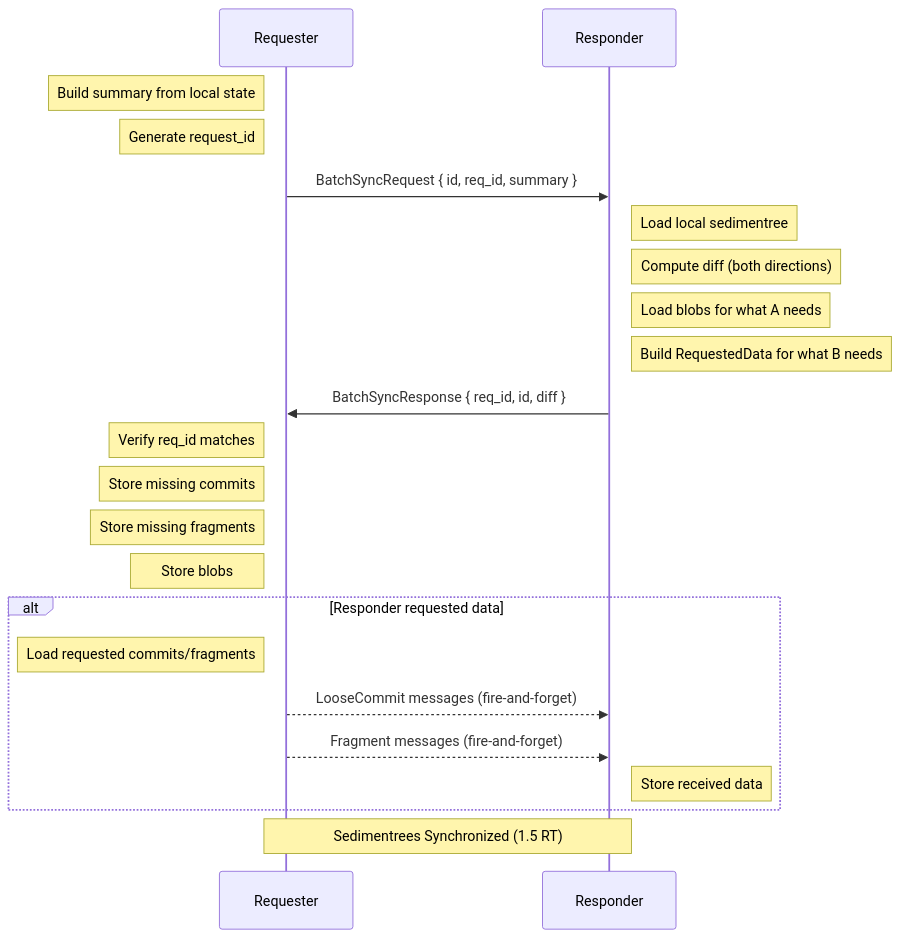
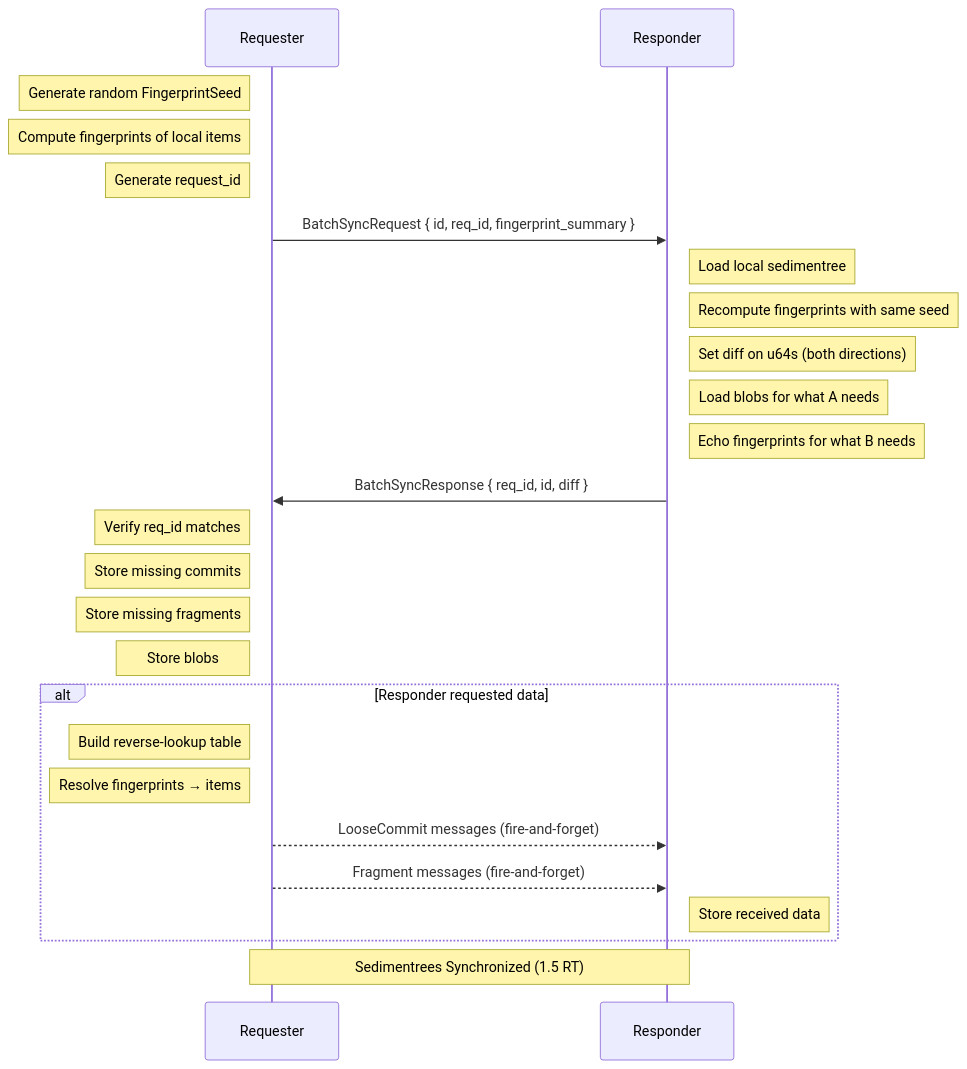
One commit to inkandswitch/subduction changed the third of 3 diagrams in design/sync/batch.md. Above: the diagram before and after it, drawn with Mermaid. The commit also changed other lines of this file and 56 other files, not shown here.

Commit message:
Fingerprint-based Sync (#35)

````diff
--- a/design/sync/batch.md
+++ b/design/sync/batch.md
@@ -144,31 +216,34 @@
 ```mermaid
 sequenceDiagram
     participant A as Requester
     participant B as Responder
 
-    Note left of A: Build summary from local state
+    Note left of A: Generate random FingerprintSeed
+    Note left of A: Compute fingerprints of local items
     Note left of A: Generate request_id
 
-    A->>B: BatchSyncRequest { id, req_id, summary }
+    A->>B: BatchSyncRequest { id, req_id, fingerprint_summary }
 
     Note right of B: Load local sedimentree
-    Note right of B: Compute diff (both directions)
+    Note right of B: Recompute fingerprints with same seed
+    Note right of B: Set diff on u64s (both directions)
     Note right of B: Load blobs for what A needs
-    Note right of B: Build RequestedData for what B needs
+    Note right of B: Echo fingerprints for what B needs
 
     B->>A: BatchSyncResponse { req_id, id, diff }
 
     Note left of A: Verify req_id matches
     Note left of A: Store missing commits
     Note left of A: Store missing fragments
     Note left of A: Store blobs
 
     alt Responder requested data
-        Note left of A: Load requested commits/fragments
+        Note left of A: Build reverse-lookup table
+        Note left of A: Resolve fingerprints → items
         A-->>B: LooseCommit messages (fire-and-forget)
         A-->>B: Fragment messages (fire-and-forget)
         Note right of B: Store received data
     end
 
     Note over A,B: Sedimentrees Synchronized (1.5 RT)
 ```
````
